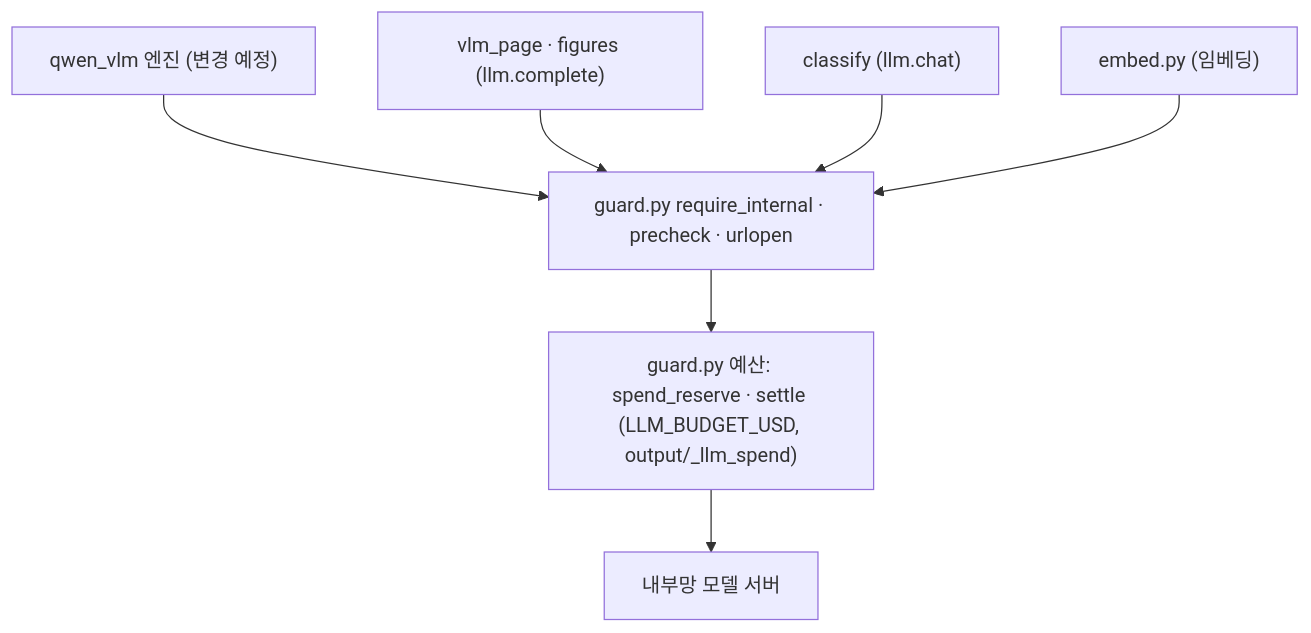
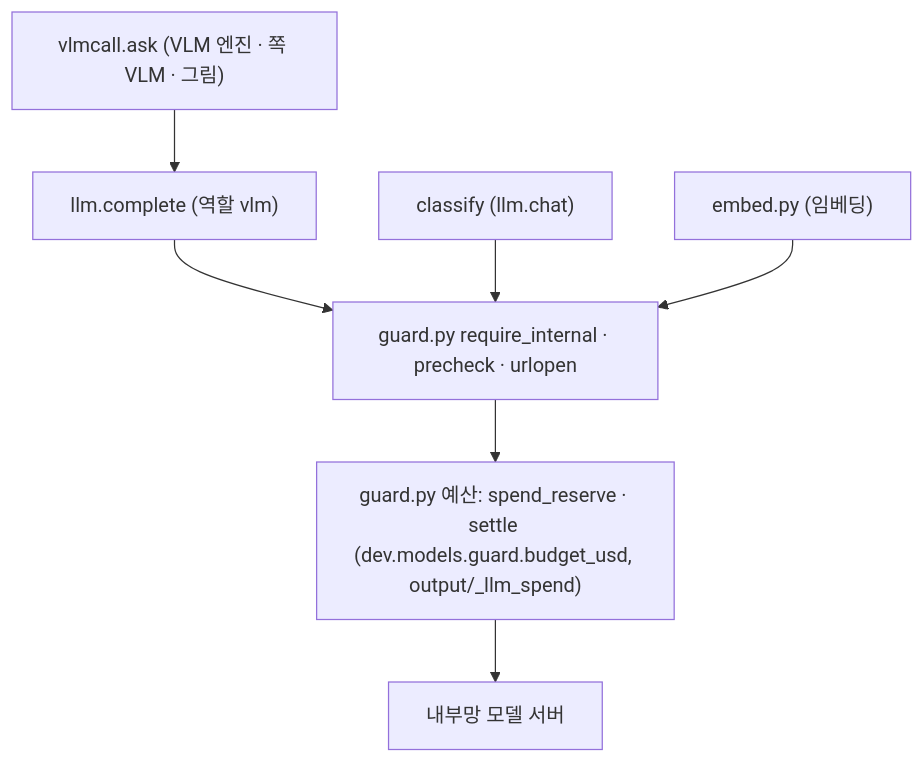
Diagram 11 of 11 in docs/architecture/parse_flow.md (gigasamba/sbl_data_parsing), drawn with Mermaid before and after one commit. The commit also changed other lines of this file, not shown here.

First line of the commit message:
docs: parse_flow.md describes the current VLM, settings and publish code

````diff
--- a/docs/architecture/parse_flow.md
+++ b/docs/architecture/parse_flow.md
@@ -453,15 +484,14 @@
 ```mermaid
 flowchart TD
-    V["qwen_vlm 엔진 (변경 예정)"]
-    VP["vlm_page · figures (llm.complete)"]
+    V["vlmcall.ask (VLM 엔진 · 쪽 VLM · 그림)"]
+    VC["llm.complete (역할 vlm)"]
     CL["classify (llm.chat)"]
     EM["embed.py (임베딩)"]
     G["guard.py require_internal · precheck · urlopen"]
-    B["guard.py 예산: spend_reserve · settle (LLM_BUDGET_USD, output/_llm_spend)"]
+    B["guard.py 예산: spend_reserve · settle (dev.models.guard.budget_usd, output/_llm_spend)"]
     N["내부망 모델 서버"]
-    V --> G
-    VP --> G
+    V --> VC --> G
     CL --> G
     EM --> G
     G --> B --> N
 ```
````
